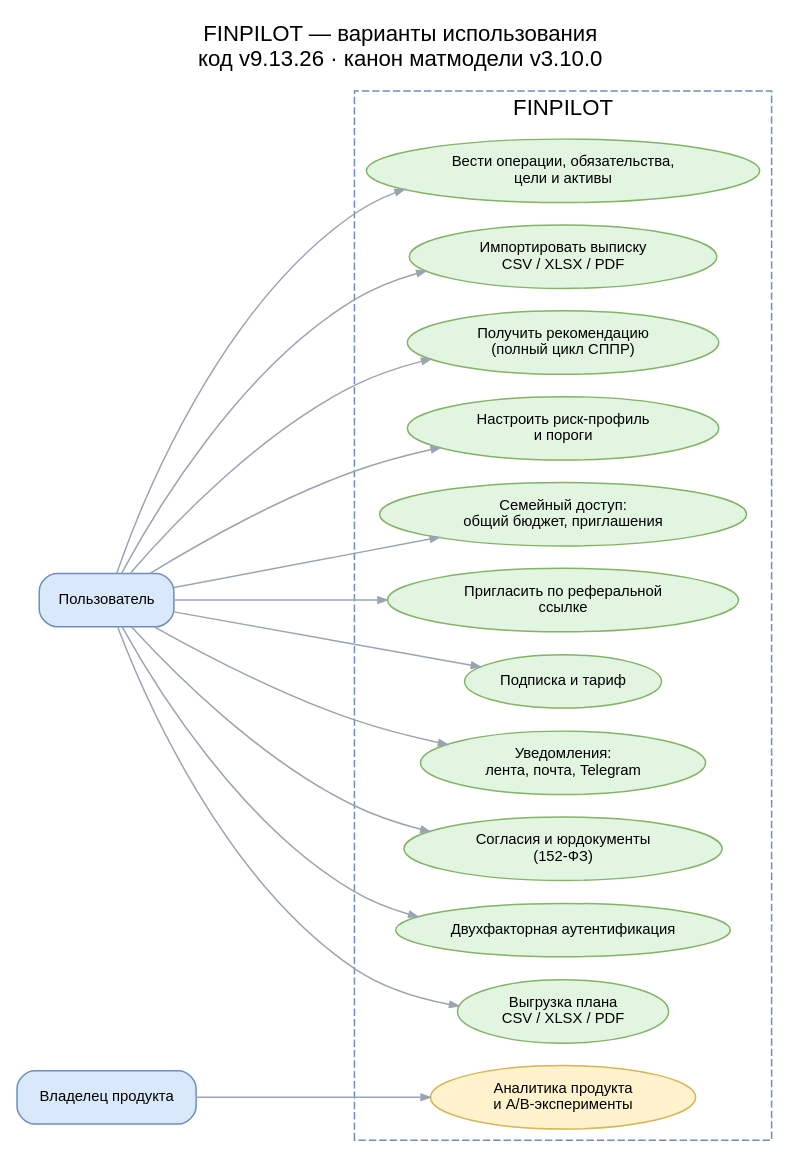
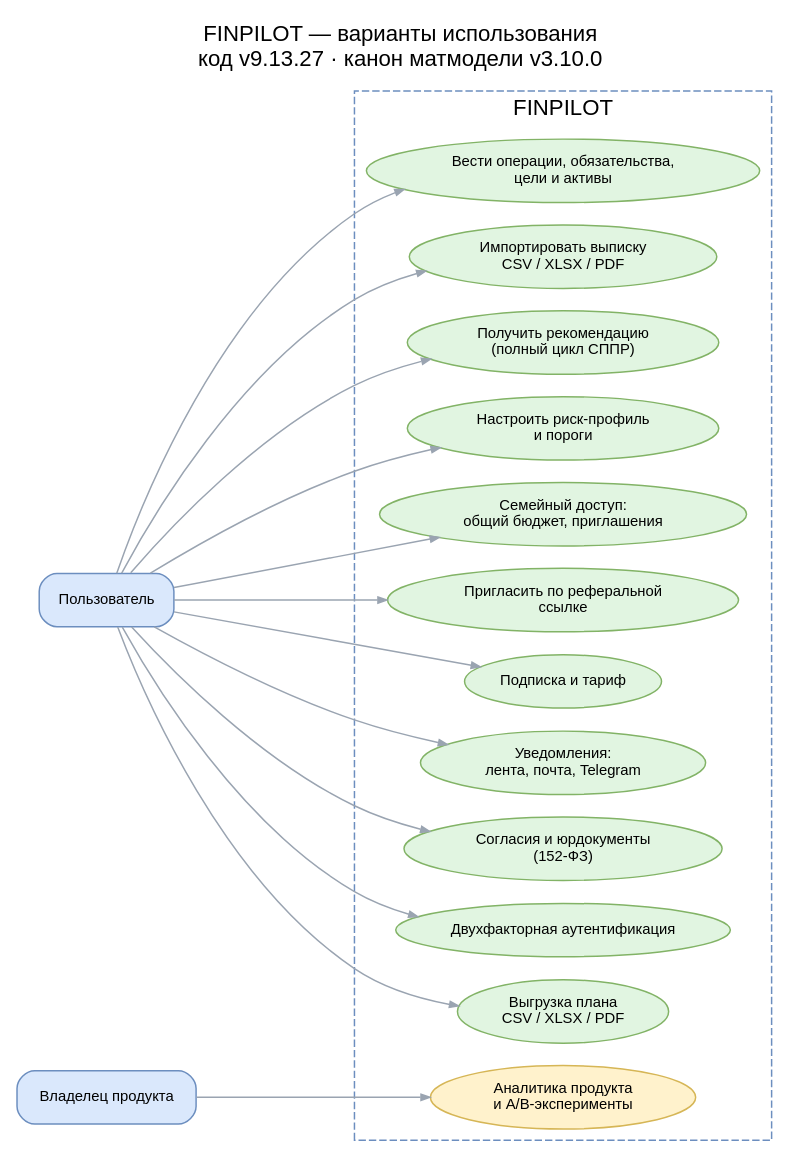
One commit to vevdokimovm/personal-finance-dss changed the diagram in docs/diagrams/src/13_usecase.dot. Above: the diagram before and after it, drawn with Graphviz. The commit also changed 34 other files, not shown here.

Commit message:
personal-finance-dss v9.13.27 — версия проставлена всем диаграммам, включая рисуемые вручную

```diff
--- a/docs/diagrams/src/13_usecase.dot
+++ b/docs/diagrams/src/13_usecase.dot
@@ -1,34 +1,34 @@
 digraph usecase {
   graph [rankdir=LR, fontname="Helvetica", labelloc=t, fontsize=15,
-         label="FINPILOT — варианты использования\nкод v9.13.26 · канон матмодели v3.10.0",
+         label="FINPILOT — варианты использования\nкод v9.13.27 · канон матмодели v3.10.0",
          nodesep=0.22, ranksep=1.6];
   node [fontname="Helvetica", fontsize=10];
   edge [color="#9aa4b1", arrowsize=0.6];
 
   user [label="Пользователь", shape=box, style="rounded,filled",
         fillcolor="#dae8fc", color="#6c8ebf"];
   owner [label="Владелец продукта", shape=box, style="rounded,filled",
          fillcolor="#dae8fc", color="#6c8ebf"];
 
   subgraph cluster_uc {
     label="FINPILOT"; color="#6c8ebf"; style=dashed; fontname="Helvetica";
     node [shape=ellipse, style=filled, fillcolor="#e1f5e1", color="#82b366"];
     uc1 [label="Вести операции, обязательства,\nцели и активы"];
     uc2 [label="Импортировать выписку\nCSV / XLSX / PDF"];
     uc3 [label="Получить рекомендацию\n(полный цикл СППР)"];
     uc4 [label="Настроить риск-профиль\nи пороги"];
     uc5 [label="Семейный доступ:\nобщий бюджет, приглашения"];
     uc6 [label="Пригласить по реферальной\nссылке"];
     uc7 [label="Подписка и тариф"];
     uc8 [label="Уведомления:\nлента, почта, Telegram"];
     uc9 [label="Согласия и юрдокументы\n(152-ФЗ)"];
     uc10 [label="Двухфакторная аутентификация"];
     uc11 [label="Выгрузка плана\nCSV / XLSX / PDF"];
     uc12 [label="Аналитика продукта\nи A/B-эксперименты",
           fillcolor="#fff2cc", color="#d6b656"];
   }
 
   user -> uc1; user -> uc2; user -> uc3; user -> uc4; user -> uc5;
   user -> uc6; user -> uc7; user -> uc8; user -> uc9; user -> uc10; user -> uc11;
   owner -> uc12;
 }
```
